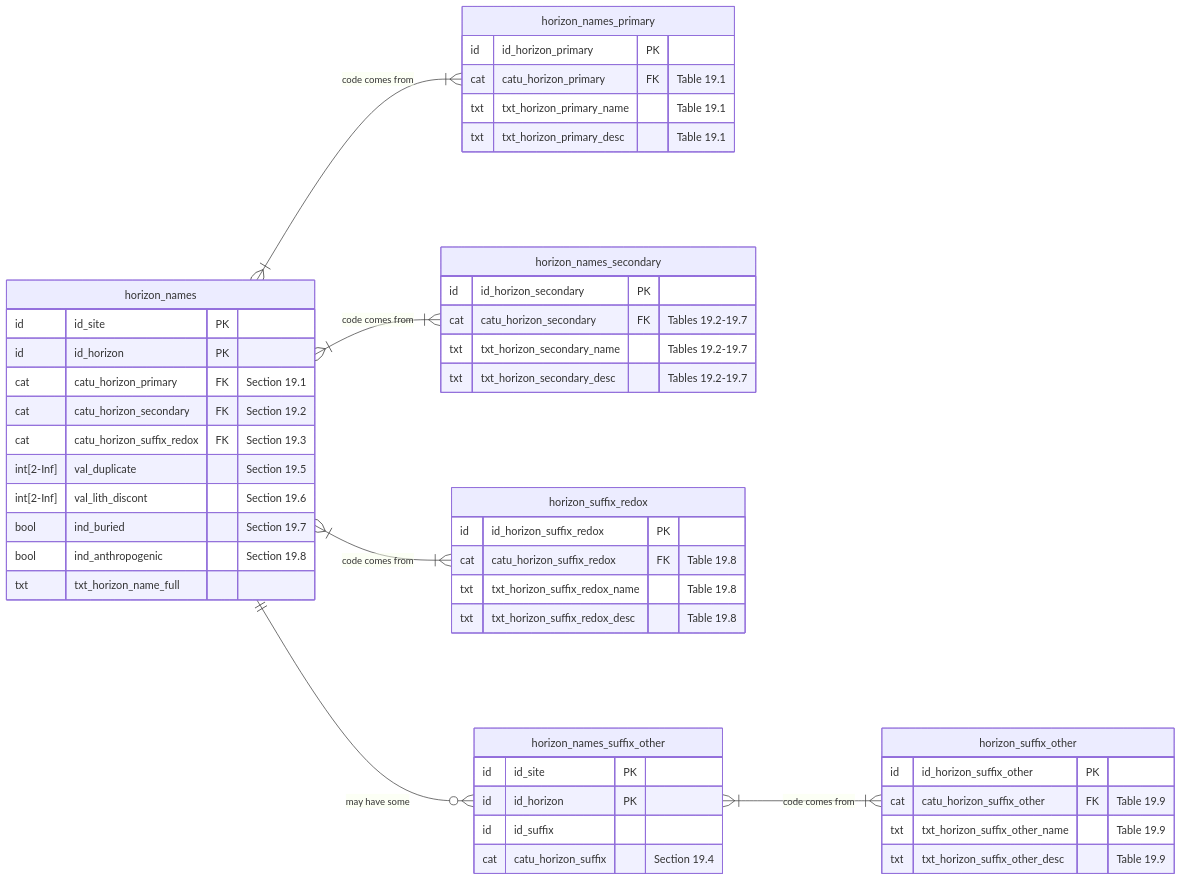
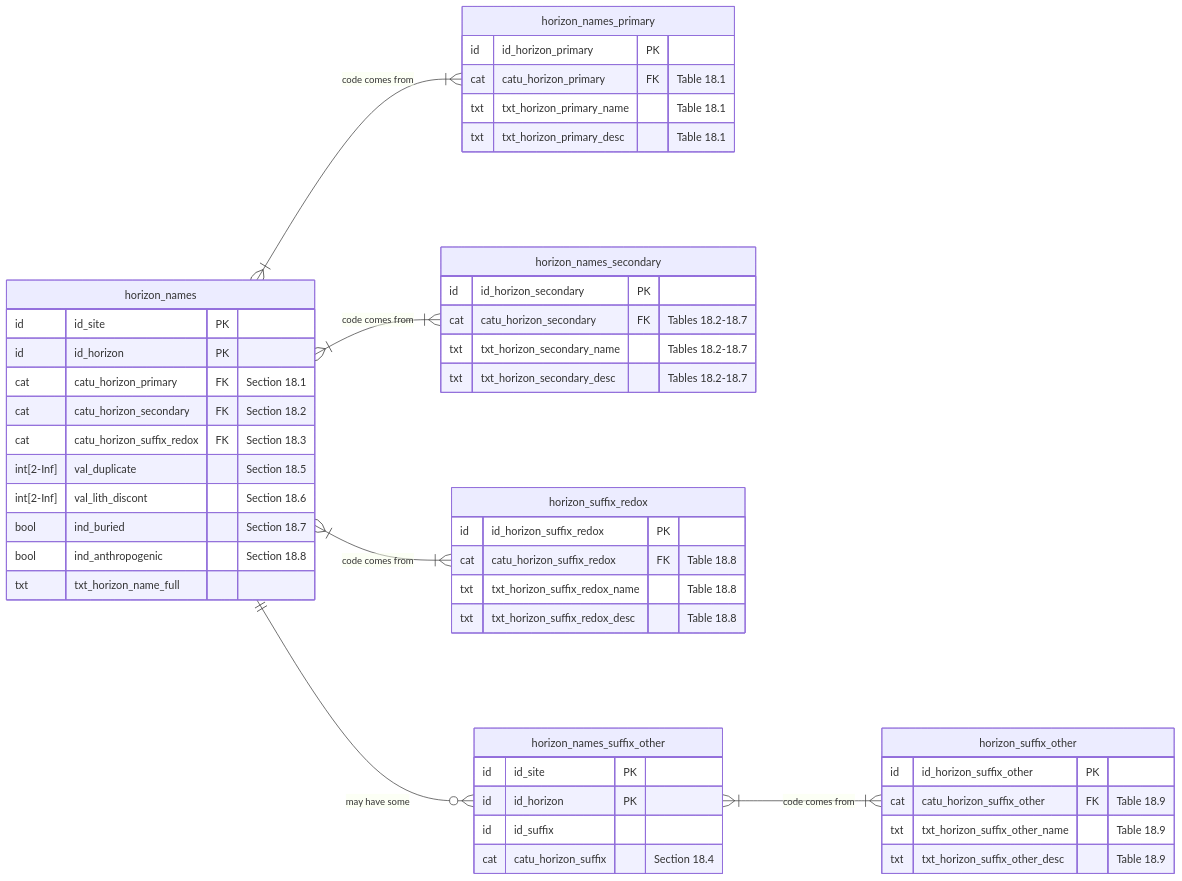
One commit to manaakiwhenua/NZ_soildesc_2024 changed diagram 23 of 27 in ap_03_database_design.qmd. Above: the diagram before and after it, drawn with Mermaid. The commit also changed other lines of this file, not shown here.

````diff
--- a/ap_03_database_design.qmd
+++ b/ap_03_database_design.qmd
@@ -1874,66 +1868,66 @@
 ```{mermaid}
 %%| label: fig-mhnmd
 %%| fig-cap: "Horizon names - Details"
 
 erDiagram
   direction LR
   horizon_names }|--|{ horizon_names_primary : "code comes from"
   horizon_names }|--|{ horizon_names_secondary : "code comes from"
   horizon_names }|--|{ horizon_suffix_redox : "code comes from"
   horizon_names ||--o{ horizon_names_suffix_other : "may have some"
   horizon_names_suffix_other }|--|{ horizon_suffix_other : "code comes from"
   
   %% data %%
   horizon_names {
     id          id_site PK
     id          id_horizon PK
     %% for very rapid assessment %%
-    cat         catu_horizon_primary FK      "Section 19.1"
-    cat         catu_horizon_secondary FK    "Section 19.2"
-    cat         catu_horizon_suffix_redox FK "Section 19.3"
+    cat         catu_horizon_primary FK      "Section 18.1"
+    cat         catu_horizon_secondary FK    "Section 18.2"
+    cat         catu_horizon_suffix_redox FK "Section 18.3"
     %% 'other' 1:n so in subtable see below %%
-    int[2-Inf]  val_duplicate                "Section 19.5"
-    int[2-Inf]  val_lith_discont             "Section 19.6"
-    bool        ind_buried                   "Section 19.7"
-    bool        ind_anthropogenic            "Section 19.8"
+    int[2-Inf]  val_duplicate                "Section 18.5"
+    int[2-Inf]  val_lith_discont             "Section 18.6"
+    bool        ind_buried                   "Section 18.7"
+    bool        ind_anthropogenic            "Section 18.8"
     %% for edge cases %%
     txt         txt_horizon_name_full
   }
   
   %% data %%
   horizon_names_suffix_other {
     id          id_site PK
     id          id_horizon PK
     id          id_suffix
-    cat         catu_horizon_suffix          "Section 19.4"
+    cat         catu_horizon_suffix          "Section 18.4"
   }
 
   horizon_names_primary {
     id          id_horizon_primary PK     
-    cat         catu_horizon_primary FK        "Table 19.1"
-    txt         txt_horizon_primary_name       "Table 19.1"
-    txt         txt_horizon_primary_desc       "Table 19.1"
+    cat         catu_horizon_primary FK        "Table 18.1"
+    txt         txt_horizon_primary_name       "Table 18.1"
+    txt         txt_horizon_primary_desc       "Table 18.1"
   }
 
   horizon_names_secondary {
     id          id_horizon_secondary PK     
-    cat         catu_horizon_secondary FK      "Tables 19.2-19.7"
-    txt         txt_horizon_secondary_name     "Tables 19.2-19.7"
-    txt         txt_horizon_secondary_desc     "Tables 19.2-19.7"
+    cat         catu_horizon_secondary FK      "Tables 18.2-18.7"
+    txt         txt_horizon_secondary_name     "Tables 18.2-18.7"
+    txt         txt_horizon_secondary_desc     "Tables 18.2-18.7"
   }
 
   horizon_suffix_redox {
     id          id_horizon_suffix_redox PK    
-    cat         catu_horizon_suffix_redox FK        "Table 19.8"
-    txt         txt_horizon_suffix_redox_name       "Table 19.8"
-    txt         txt_horizon_suffix_redox_desc       "Table 19.8"
+    cat         catu_horizon_suffix_redox FK        "Table 18.8"
+    txt         txt_horizon_suffix_redox_name       "Table 18.8"
+    txt         txt_horizon_suffix_redox_desc       "Table 18.8"
   }
   
   horizon_suffix_other {
     id          id_horizon_suffix_other PK    
-    cat         catu_horizon_suffix_other FK        "Table 19.9"
-    txt         txt_horizon_suffix_other_name       "Table 19.9"
-    txt         txt_horizon_suffix_other_desc       "Table 19.9"
+    cat         catu_horizon_suffix_other FK        "Table 18.9"
+    txt         txt_horizon_suffix_other_name       "Table 18.9"
+    txt         txt_horizon_suffix_other_desc       "Table 18.9"
   }
   
 ```
````
